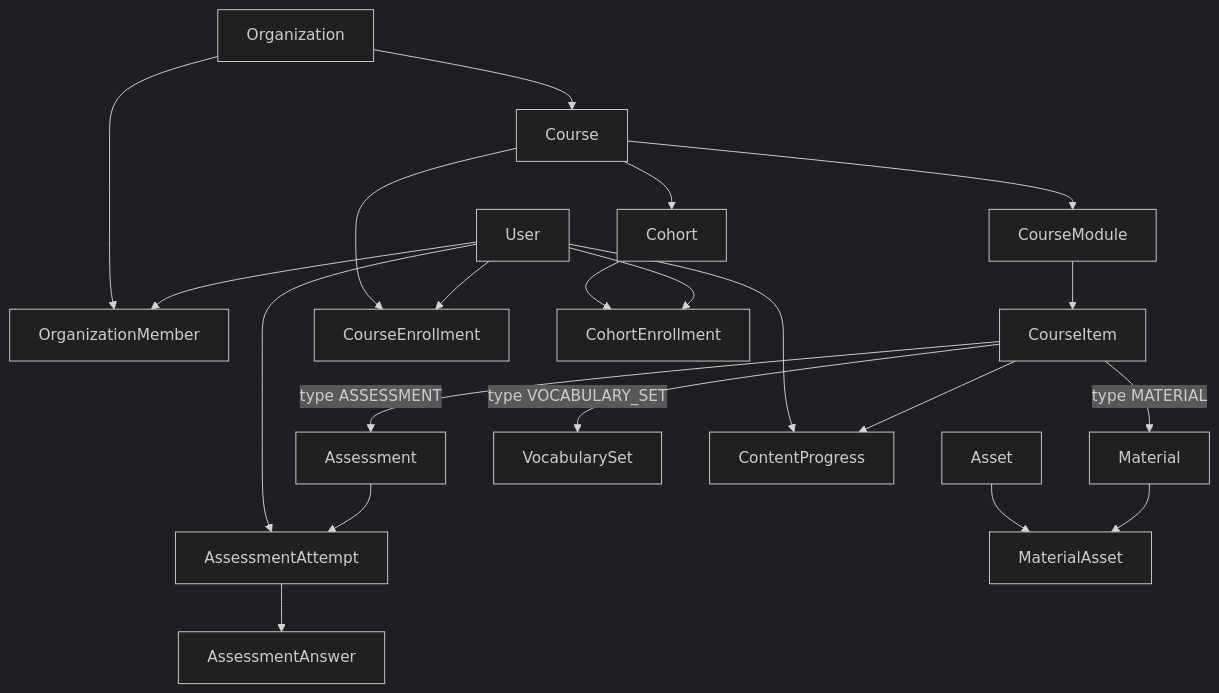
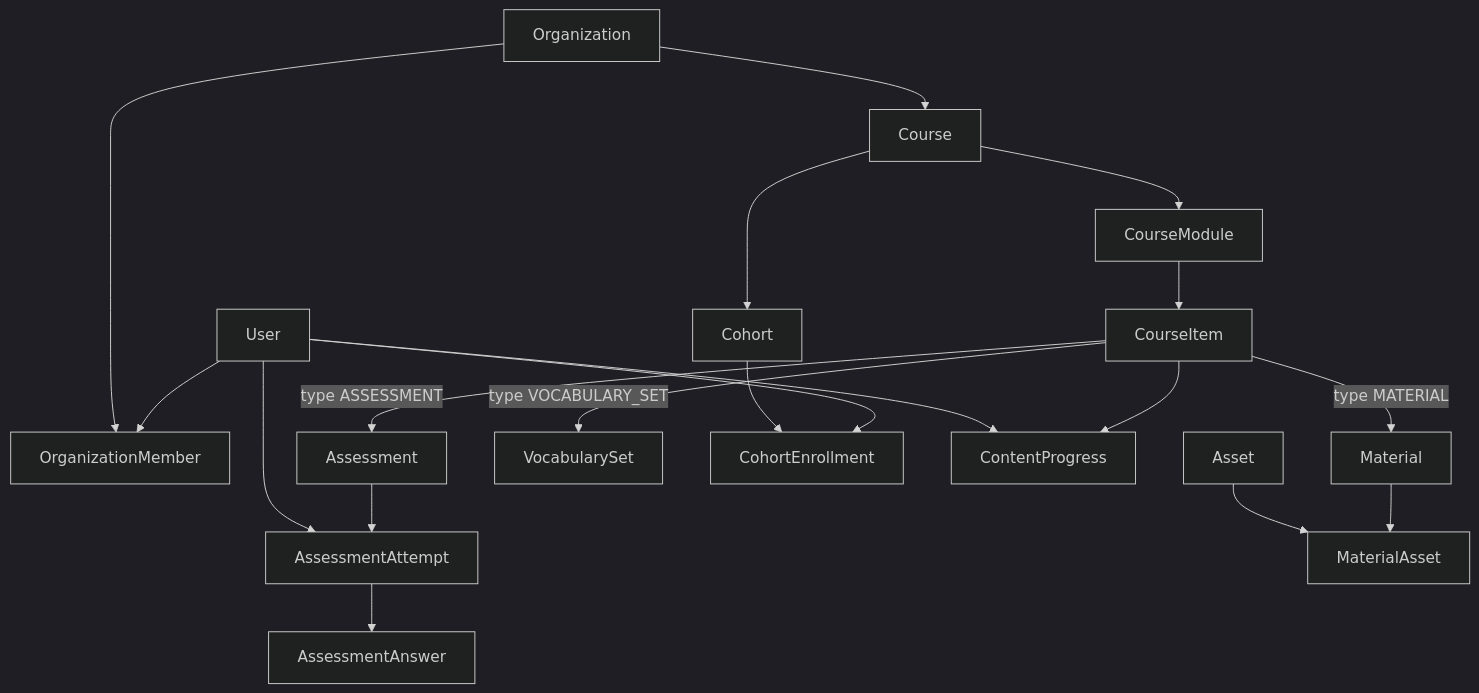
Before and after one commit to PintaAI/hakgyo-v2: the first of 8 diagrams in docs/database.md, drawn with Mermaid (dark theme). The commit also changed other lines of this file and 50 other files, not shown here.

````diff
--- a/docs/database.md
+++ b/docs/database.md
@@ -25,28 +25,26 @@
 ```mermaid
 flowchart TD
   User --> OrganizationMember
   Organization --> OrganizationMember
   Organization --> Course
   Course --> Cohort
   Course --> CourseModule
   CourseModule --> CourseItem
 
   CourseItem -->|type MATERIAL| Material
   CourseItem -->|type ASSESSMENT| Assessment
   CourseItem -->|type VOCABULARY_SET| VocabularySet
 
-  User --> CourseEnrollment
-  Course --> CourseEnrollment
   User --> CohortEnrollment
   Cohort --> CohortEnrollment
 
   CourseItem --> ContentProgress
   User --> ContentProgress
 
   Assessment --> AssessmentAttempt
   User --> AssessmentAttempt
   AssessmentAttempt --> AssessmentAnswer
 
   Material --> MaterialAsset
   Asset --> MaterialAsset
 ```
````
